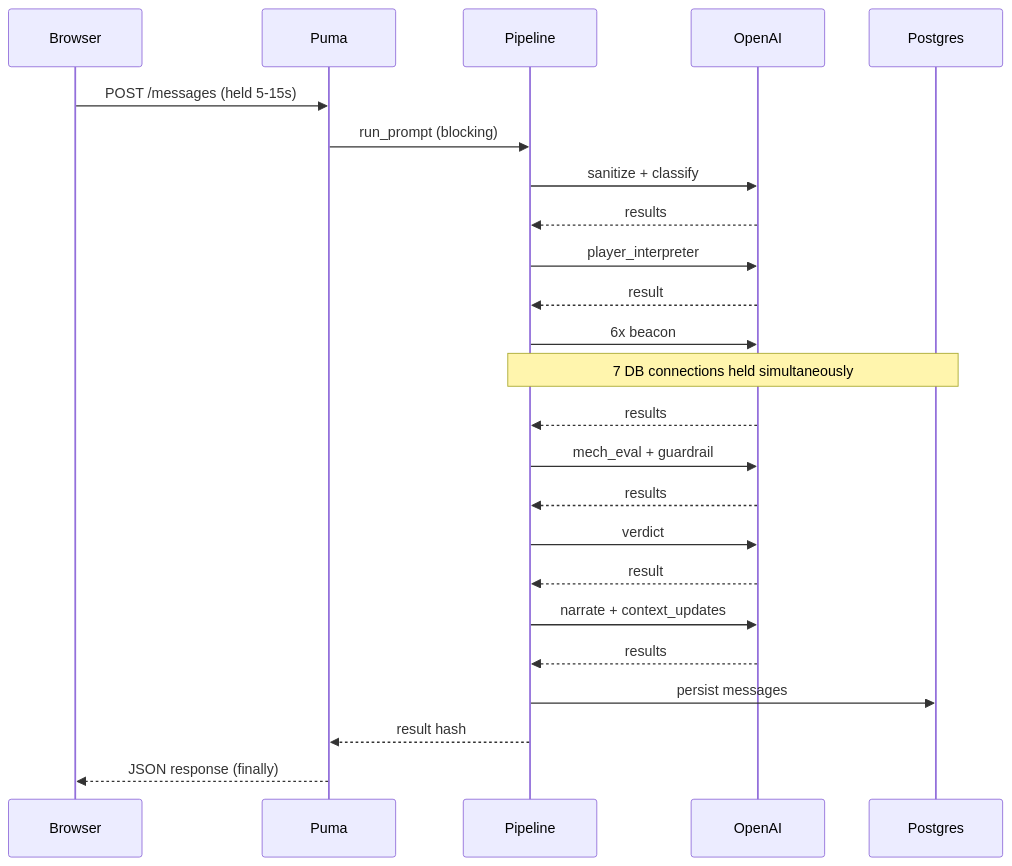
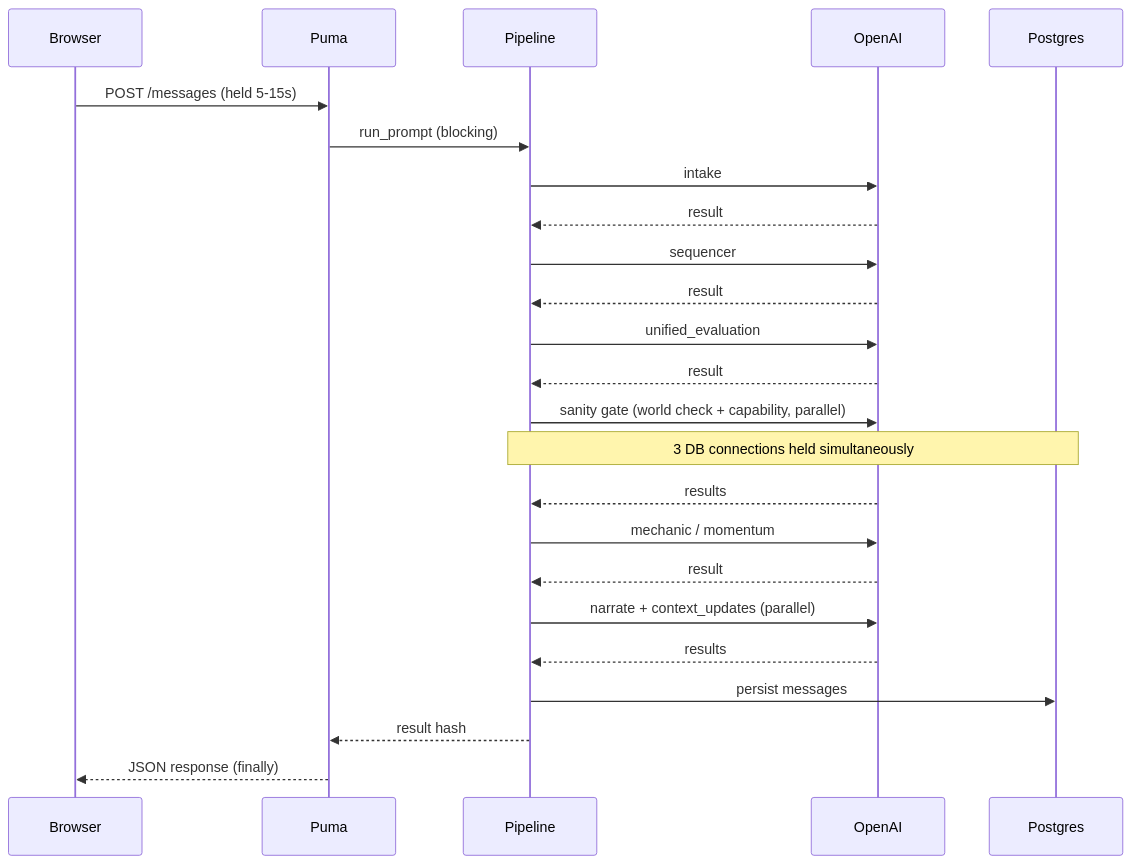
Before and after one commit to Low-Light-Games/ruby-leather-armor: the first of 2 diagrams in docs/async_pipeline_design.md, drawn with Mermaid. The commit also changed other lines of this file and 3 other files, not shown here.

````diff
--- a/docs/async_pipeline_design.md
+++ b/docs/async_pipeline_design.md
@@ -38,27 +38,27 @@
 ```mermaid
 sequenceDiagram
     participant Browser
     participant Puma
     participant Pipeline
     participant OpenAI
     participant Postgres
 
     Browser->>Puma: POST /messages (held 5-15s)
     Puma->>Pipeline: run_prompt (blocking)
-    Pipeline->>OpenAI: sanitize + classify
+    Pipeline->>OpenAI: intake
+    OpenAI-->>Pipeline: result
+    Pipeline->>OpenAI: sequencer
+    OpenAI-->>Pipeline: result
+    Pipeline->>OpenAI: unified_evaluation
+    OpenAI-->>Pipeline: result
+    Pipeline->>OpenAI: sanity gate (world check + capability, parallel)
+    Note over Pipeline,Postgres: 3 DB connections held simultaneously
     OpenAI-->>Pipeline: results
-    Pipeline->>OpenAI: player_interpreter
+    Pipeline->>OpenAI: mechanic / momentum
     OpenAI-->>Pipeline: result
-    Pipeline->>OpenAI: 6x beacon
-    Note over Pipeline,Postgres: 7 DB connections held simultaneously
-    OpenAI-->>Pipeline: results
-    Pipeline->>OpenAI: mech_eval + guardrail
-    OpenAI-->>Pipeline: results
-    Pipeline->>OpenAI: verdict
-    OpenAI-->>Pipeline: result
-    Pipeline->>OpenAI: narrate + context_updates
+    Pipeline->>OpenAI: narrate + context_updates (parallel)
     OpenAI-->>Pipeline: results
     Pipeline->>Postgres: persist messages
     Pipeline-->>Puma: result hash
     Puma-->>Browser: JSON response (finally)
 ```
````
